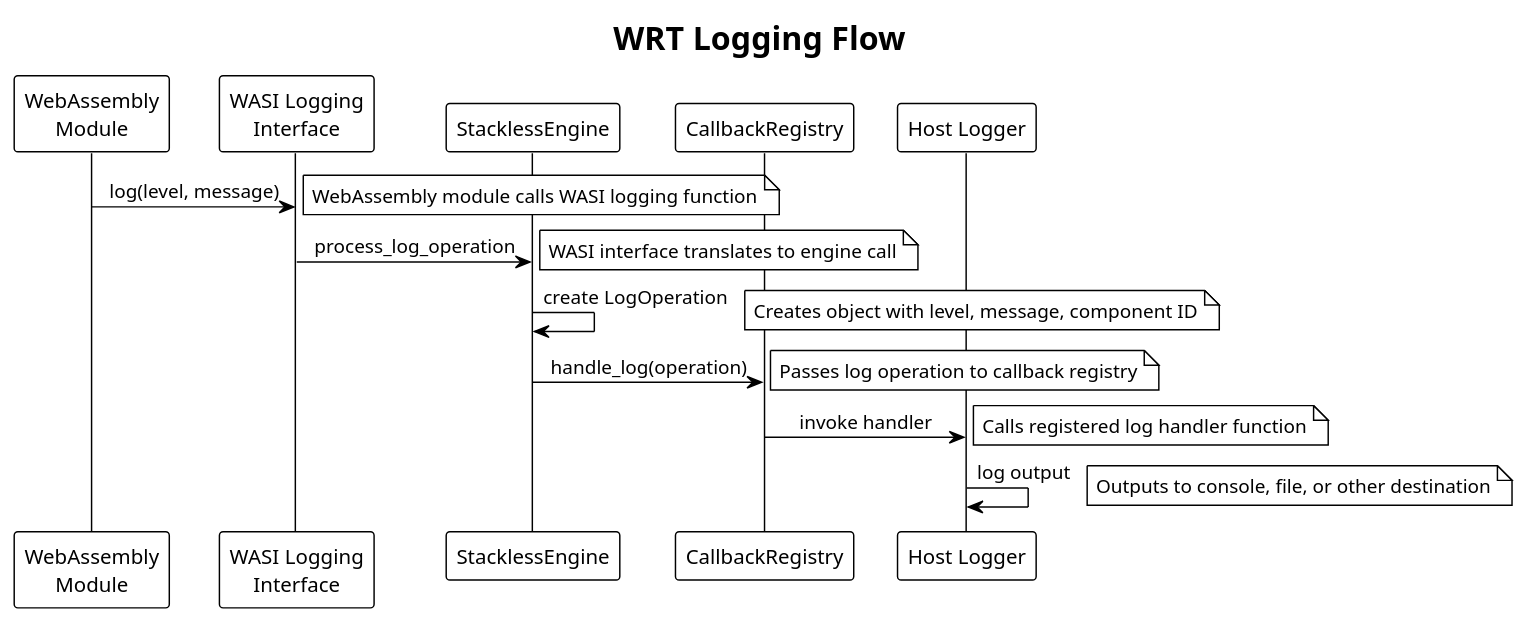
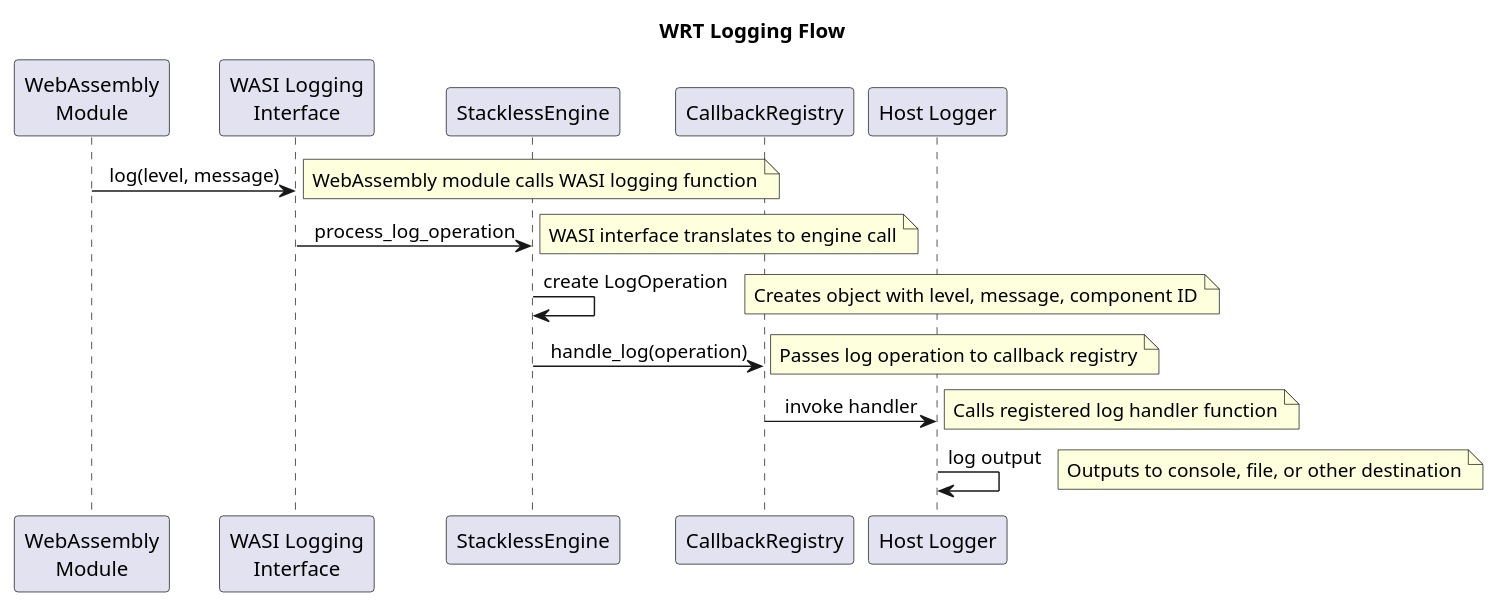
The diagram in docs/source/_static/logging_flow.puml (pulseengine/wrt), drawn with PlantUML before and after one commit. The commit also changed 1 other file, not shown here.

Commit message:
docs: Fix RST heading underlining and remove PlantUML theme

```diff
--- a/docs/source/_static/logging_flow.puml
+++ b/docs/source/_static/logging_flow.puml
@@ -1,31 +1,30 @@
 @startuml
-!theme plain
 skinparam sequenceMessageAlign center
 
 title WRT Logging Flow
 
 participant "WebAssembly\nModule" as WASM
 participant "WASI Logging\nInterface" as WASI
 participant "StacklessEngine" as Engine
 participant "CallbackRegistry" as Registry
 participant "Host Logger" as Host
 
 WASM -> WASI : log(level, message)
 note right: WebAssembly module calls WASI logging function
 
 WASI -> Engine : process_log_operation
 note right: WASI interface translates to engine call
 
 Engine -> Engine : create LogOperation
 note right: Creates object with level, message, component ID
 
 Engine -> Registry : handle_log(operation)
 note right: Passes log operation to callback registry
 
 Registry -> Host : invoke handler
 note right: Calls registered log handler function
 
 Host -> Host : log output
 note right: Outputs to console, file, or other destination
 
 @enduml
```
